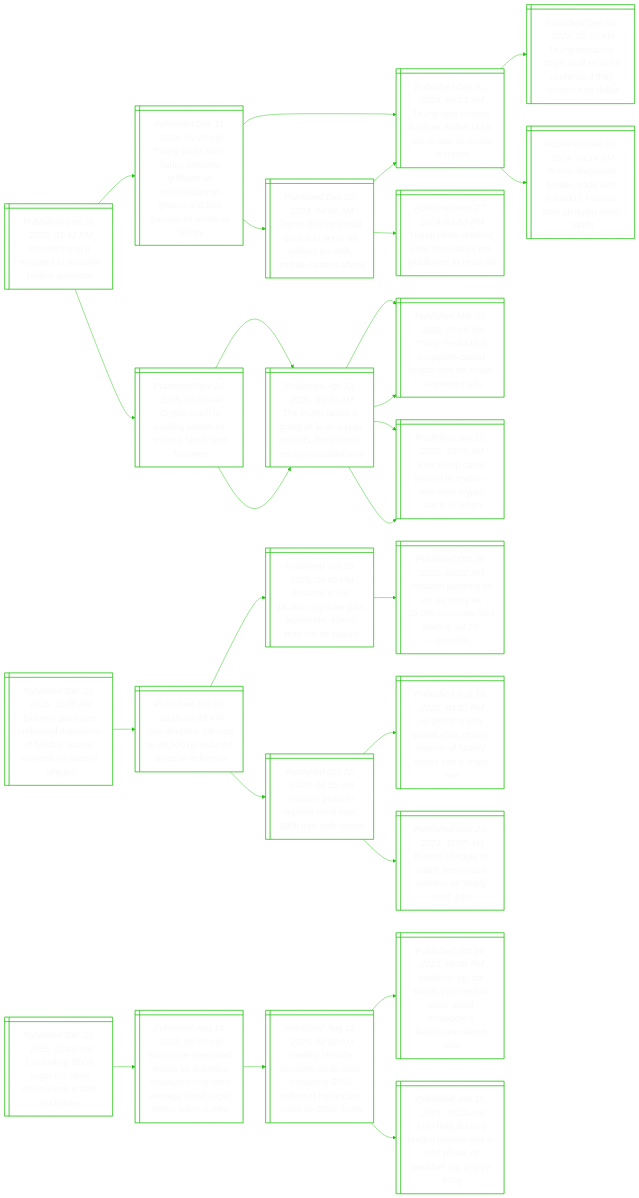
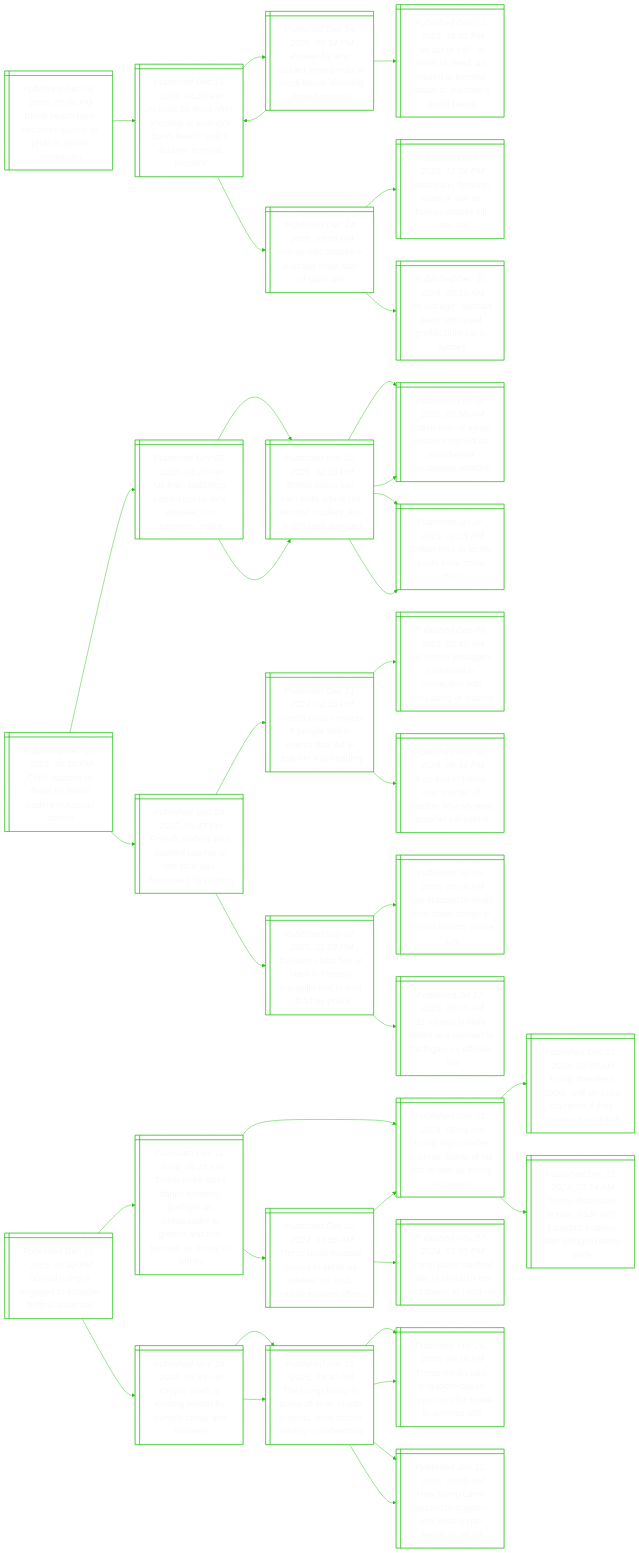
Before and after one commit to notJmes/notJmes: the diagram in README.md, drawn with Mermaid. The commit also changed other lines of this file, not shown here.

````diff
--- a/README.md
+++ b/README.md
@@ -15,6 +15,77 @@
 %%{init: {'theme':'base', 'themeVariables': {'primaryColor': "transparent", 'primaryTextColor': "#F9F9F9", 'lineColor': "#20C20E", 'primaryBorderColor':'#20C20E'}}}%%
 flowchart LR
 classDef txtsize font-size:20px;
+
+BBhescrnae@{ shape: win-pane, label: "_Published Dec 16, 2025, 07:00 PM_
+Bondi beach hero becomes source of pride in syrian hometown" }
+Asdrttenaleeoie@{ shape: win-pane, label: "_Published Dec 14, 2025, 04:30 PM_
+At least 16 dead after shooting at sydney’s bondi beach; police declare ‘terrorist incident’" }
+Prolmnnaogee@{ shape: win-pane, label: "_Published Dec 14, 2025, 08:54 PM_
+Passer-by who tackled armed man at bondi beach shooting hailed as hero" }
+Asdrttenaleeoie@{ shape: win-pane, label: "_Published Dec 14, 2025, 04:30 PM_
+At least 16 dead after shooting at sydney’s bondi beach; police declare ‘terrorist incident’" }
+Aolaaunoaksina@{ shape: win-pane, label: "_Published Dec 14, 2025, 10:50 PM_
+‘an act of evil’: at least 16 dead, 40 injured in terrorist attack at australia’s bondi beach" }
+AeccAaitfw@{ shape: win-pane, label: "_Published Dec 14, 2025, 07:28 PM_
+Anti-semitic attacks in australia since start of gaza war" }
+NyeeawHakl@{ shape: win-pane, label: "_Published Oct 07, 2023, 12:04 PM_
+Netanyahu declares israel at war as hamas attacks kill over 100" }
+ArastIlfurd@{ shape: win-pane, label: "_Published Dec 11, 2024, 08:10 AM_
+‘an outrage’: vandals paint anti-israel graffiti, burn car in sydney" }
+
+BBhescrnae:::txtsize --> Asdrttenaleeoie:::txtsize
+Asdrttenaleeoie:::txtsize --> Prolmnnaogee:::txtsize
+Prolmnnaogee:::txtsize --> Asdrttenaleeoie:::txtsize
+Prolmnnaogee:::txtsize --> Aolaaunoaksina:::txtsize
+Asdrttenaleeoie:::txtsize --> AeccAaitfw:::txtsize
+AeccAaitfw:::txtsize --> NyeeawHakl:::txtsize
+AeccAaitfw:::txtsize --> ArastIlfurd:::txtsize
+
+Cseeyodnih@{ shape: win-pane, label: "_Published Dec 16, 2025, 05:30 PM_
+Child stabbed to death by fellow student in russian school" }
+Uibsitnanrsi@{ shape: win-pane, label: "_Published Nov 03, 2025, 03:29 AM_
+Uk train stabbings carried out by lone attacker, not terrorism: police" }
+BsiynectrnnBsat@{ shape: win-pane, label: "_Published Nov 02, 2025, 02:59 PM_
+British police say train knife attack not terrorist incident, two british men arrested" }
+Bsoisnaceaec@{ shape: win-pane, label: "_Published Oct 03, 2025, 06:58 AM_
+British man of syrian descent named as manchester synagogue attacker" }
+Bieaykccs@{ shape: win-pane, label: "_Published Jul 29, 2025, 02:18 PM_
+Britain tries to tackle youth knife crime crisis" }
+BsiynectrnnBsat@{ shape: win-pane, label: "_Published Nov 02, 2025, 02:59 PM_
+British police say train knife attack not terrorist incident, two british men arrested" }
+Bsoisnaceaec@{ shape: win-pane, label: "_Published Oct 03, 2025, 06:58 AM_
+British man of syrian descent named as manchester synagogue attacker" }
+Bieaykccs@{ shape: win-pane, label: "_Published Jul 29, 2025, 02:18 PM_
+Britain tries to tackle youth knife crime crisis" }
+Fheobaifacea@{ shape: win-pane, label: "_Published Sep 24, 2025, 05:47 PM_
+French student who stabbed teacher in the face was fascinated by nazism" }
+Fhtietottohei@{ shape: win-pane, label: "_Published Dec 21, 2024, 12:50 PM_
+French court convicts 8 people tied to events that led to teacher’s beheading" }
+Seeeneotihner@{ shape: win-pane, label: "_Published Dec 09, 2023, 03:45 AM_
+Six french teenagers convicted in connection with beheading of teacher" }
+oarouochwoca@{ shape: win-pane, label: "_Published Nov 04, 2024, 06:46 PM_
+8 on trial in france over murder of teacher who showed prophet caricature" }
+Tiavoncrlitbi@{ shape: win-pane, label: "_Published Sep 02, 2025, 11:59 PM_
+Tunisian stabs five at hotel in france’s marseille and is shot dead by police" }
+Tattrrgeloiy@{ shape: win-pane, label: "_Published Jul 29, 2025, 03:28 AM_
+Two stabbed to death near tower bridge in central london, police say" }
+ientalihUis@{ shape: win-pane, label: "_Published Jul 27, 2025, 08:38 AM_
+11 injured in knife attack at a walmart in michigan, us officials say" }
+
+Cseeyodnih:::txtsize --> Uibsitnanrsi:::txtsize
+Uibsitnanrsi:::txtsize --> BsiynectrnnBsat:::txtsize
+BsiynectrnnBsat:::txtsize --> Bsoisnaceaec:::txtsize
+BsiynectrnnBsat:::txtsize --> Bieaykccs:::txtsize
+Uibsitnanrsi:::txtsize --> BsiynectrnnBsat:::txtsize
+BsiynectrnnBsat:::txtsize --> Bsoisnaceaec:::txtsize
+BsiynectrnnBsat:::txtsize --> Bieaykccs:::txtsize
+Cseeyodnih:::txtsize --> Fheobaifacea:::txtsize
+Fheobaifacea:::txtsize --> Fhtietottohei:::txtsize
+Fhtietottohei:::txtsize --> Seeeneotihner:::txtsize
+Fhtietottohei:::txtsize --> oarouochwoca:::txtsize
+Fheobaifacea:::txtsize --> Tiavoncrlitbi:::txtsize
+Tiavoncrlitbi:::txtsize --> Tattrrgeloiy:::txtsize
+Tiavoncrlitbi:::txtsize --> ientalihUis:::txtsize
 
 Ddpgtieidn@{ shape: win-pane, label: "_Published Dec 16, 2025, 01:42 PM_
 Donald trump jr engaged to socialite bettina anderson" }
@@ -62,42 +133,4 @@
 Tumsgnyrtmonoln:::txtsize --> TMtiosyoMniF:::txtsize
 Tumsgnyrtmonoln:::txtsize --> Humucohyanr:::txtsize
 
-DeaSrtafdaoswae@{ shape: win-pane, label: "_Published Dec 16, 2025, 11:50 AM_
-Delivery giant ups underpaid thousands of holiday season workers, us lawsuit alleges" }
-Uejtncaer@{ shape: win-pane, label: "_Published Oct 29, 2025, 09:48 AM_
-Ups deepens job cuts to 48,000 on reduced amazon deliveries" }
-Antojoioyee@{ shape: win-pane, label: "_Published Oct 28, 2025, 09:45 PM_
-Amazon to cut 14,000 corporate jobs worldwide, s’pore may not be spared" }
-Annosapesitc@{ shape: win-pane, label: "_Published Oct 28, 2025, 04:02 AM_
-Amazon planning to cut as many as 30,000 corporate jobs starting oct 28: sources" }
-Anspmhoto@{ shape: win-pane, label: "_Published Oct 22, 2025, 08:15 AM_
-Amazon plans to replace more than 500k jobs with robots" }
-AbphsCsrfroere@{ shape: win-pane, label: "_Published Aug 10, 2025, 04:30 PM_
-As global supply chains shift, china’s exports of factory robots see a sharp rise" }
-Rsgohhwreho@{ shape: win-pane, label: "_Published Nov 24, 2024, 11:00 AM_
-Robots struggle to match warehouse workers on ‘really hard’ jobs" }
-
-DeaSrtafdaoswae:::txtsize --> Uejtncaer:::txtsize
-Uejtncaer:::txtsize --> Antojoioyee:::txtsize
-Antojoioyee:::txtsize --> Annosapesitc:::txtsize
-Uejtncaer:::txtsize --> Anspmhoto:::txtsize
-Anspmhoto:::txtsize --> AbphsCsrfroere:::txtsize
-Anspmhoto:::txtsize --> Rsgohhwreho:::txtsize
-
-Cogdreieify@{ shape: win-pane, label: "_Published Dec 16, 2025, 11:45 AM_
-Controlling blood sugar cut heart disease risk in half, study says" }
-Spepvobsuorrluewn@{ shape: win-pane, label: "_Published Aug 18, 2025, 05:00 AM_
-Singapore-developed device for diabetics measures long-term average blood sugar levels within 6 mins" }
-Hheeguvgeihhcbd@{ shape: win-pane, label: "_Published Aug 11, 2025, 08:00 AM_
-Healthy lifestyle changes could save singapore $650 million in healthcare costs by 2050: study" }
-HhGhyenonraafl@{ shape: win-pane, label: "_Published Oct 04, 2022, 06:08 PM_
-Healthier sg: six things you need to know about singapore's healthcare reform plan" }
-AecpceinhftSYg@{ shape: win-pane, label: "_Published Jun 16, 2025, 10:10 AM_
-Ai to help doctors predict disease risk in next phase of healthier sg: ong ye kung" }
-
-Cogdreieify:::txtsize --> Spepvobsuorrluewn:::txtsize
-Spepvobsuorrluewn:::txtsize --> Hheeguvgeihhcbd:::txtsize
-Hheeguvgeihhcbd:::txtsize --> HhGhyenonraafl:::txtsize
-Hheeguvgeihhcbd:::txtsize --> AecpceinhftSYg:::txtsize
-
 ```
````
